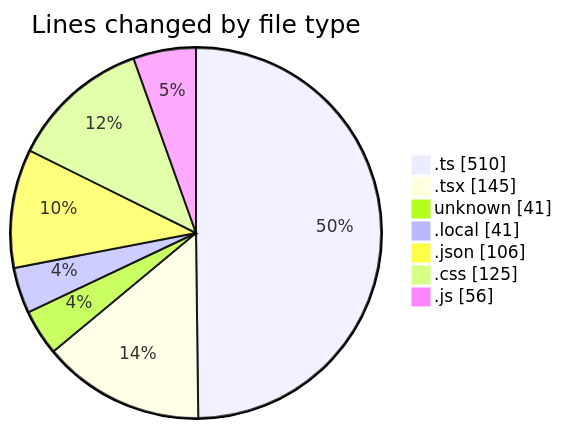
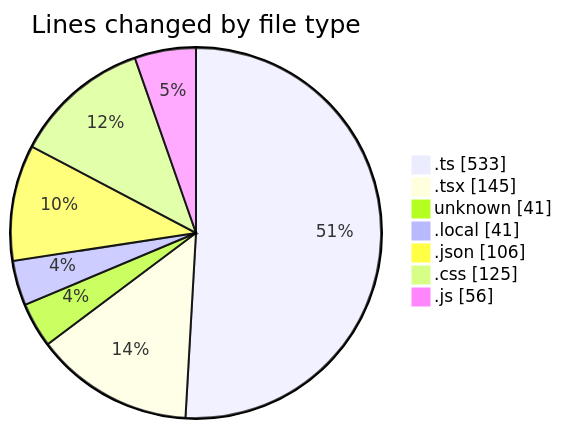
The first of 2 diagrams in 2026-02-26/car_database/README.md (momahboobian/code-tracking), drawn with Mermaid before and after one commit. The commit also changed other lines of this file and 1 other file, not shown here.

````diff
--- a/2026-02-26/car_database/README.md
+++ b/2026-02-26/car_database/README.md
@@ -43,11 +43,11 @@
 ```mermaid
 pie showData
 title Lines changed by file type
-".ts" : 510
+".ts" : 533
 ".tsx" : 145
 "unknown" : 41
 ".local" : 41
 ".json" : 106
 ".css" : 125
 ".js" : 56
 ```
````
